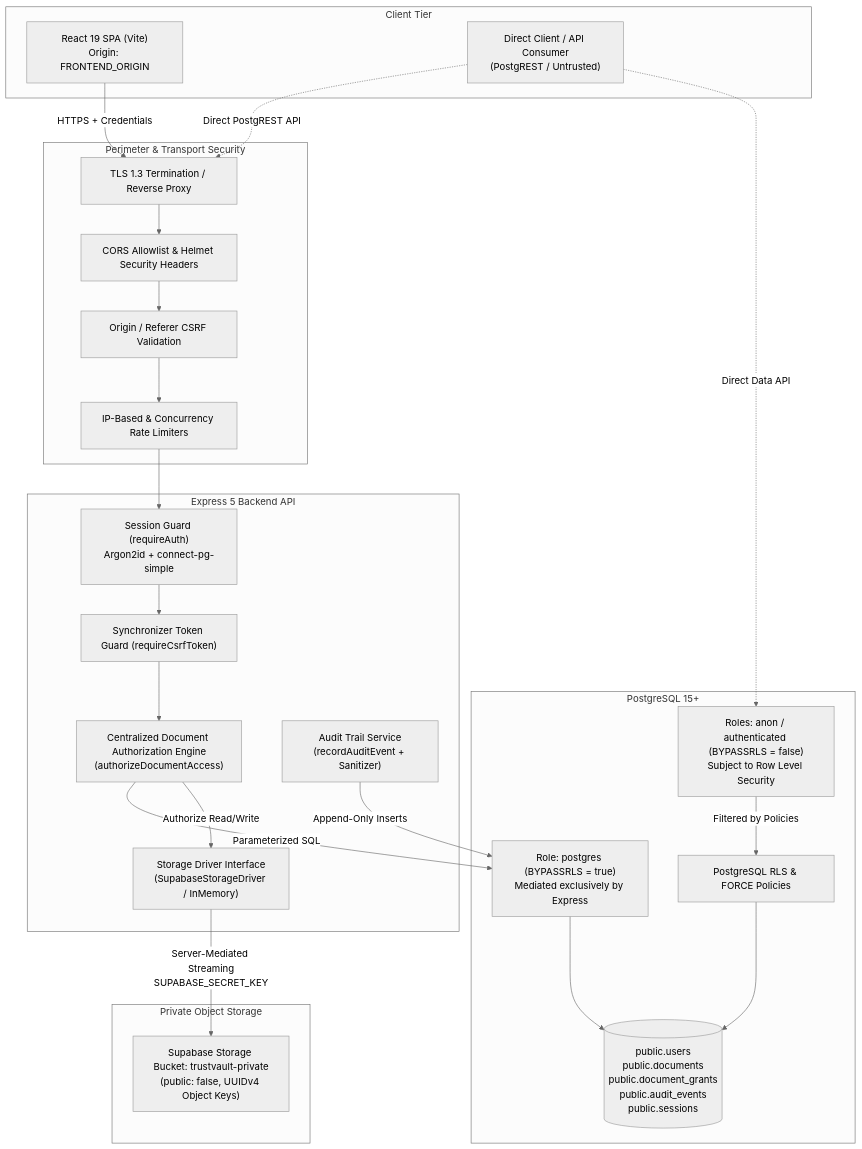
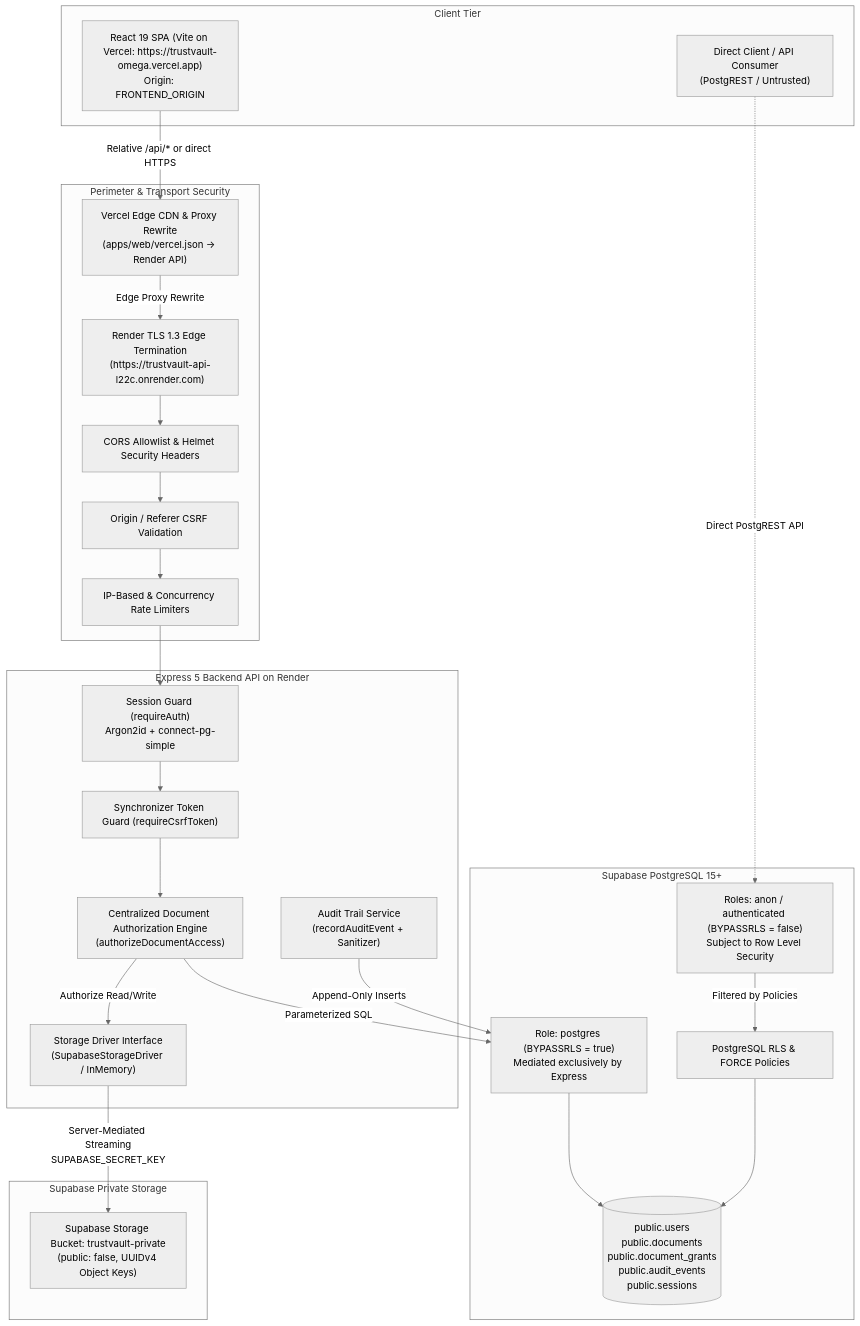
The first of 5 diagrams in docs/ARCHITECTURE.md (ruthvicksai-dev/trustvault), drawn with Mermaid (neutral theme) before and after one commit. The commit also changed other lines of this file and 4 other files, not shown here.

Commit message:
docs: document live Vercel and Render production deployments

````diff
--- a/docs/ARCHITECTURE.md
+++ b/docs/ARCHITECTURE.md
@@ -13,49 +13,50 @@
 ```mermaid
 flowchart TD
     subgraph Client Tier
-        Browser["React 19 SPA (Vite)\nOrigin: FRONTEND_ORIGIN"]
+        Browser["React 19 SPA (Vite on Vercel: https://trustvault-omega.vercel.app)\nOrigin: FRONTEND_ORIGIN"]
         ExternalClient["Direct Client / API Consumer\n(PostgREST / Untrusted)"]
     end
 
     subgraph Perimeter & Transport Security
-        HTTPS["TLS 1.3 Termination / Reverse Proxy"]
+        VercelEdge["Vercel Edge CDN & Proxy Rewrite\n(apps/web/vercel.json -> Render API)"]
+        RenderEdge["Render TLS 1.3 Edge Termination\n(https://trustvault-api-l22c.onrender.com)"]
         CorsHelmet["CORS Allowlist & Helmet Security Headers"]
         OriginGuard["Origin / Referer CSRF Validation"]
         RateLimiter["IP-Based & Concurrency Rate Limiters"]
     end
 
-    subgraph Application Tier [Express 5 Backend API]
+    subgraph Application Tier [Express 5 Backend API on Render]
         SessionAuth["Session Guard (requireAuth)\nArgon2id + connect-pg-simple"]
         CSRFMiddleware["Synchronizer Token Guard (requireCsrfToken)"]
         CentralAuth["Centralized Document Authorization Engine\n(authorizeDocumentAccess)"]
         AuditService["Audit Trail Service\n(recordAuditEvent + Sanitizer)"]
         StorageManager["Storage Driver Interface\n(SupabaseStorageDriver / InMemory)"]
     end
 
-    subgraph Data Tier [PostgreSQL 15+]
+    subgraph Data Tier [Supabase PostgreSQL 15+]
         AppRole["Role: postgres (BYPASSRLS = true)\nMediated exclusively by Express"]
         RestrictedRole["Roles: anon / authenticated (BYPASSRLS = false)\nSubject to Row Level Security"]
         RLS["PostgreSQL RLS & FORCE Policies"]
         Tables[("public.users\npublic.documents\npublic.document_grants\npublic.audit_events\npublic.sessions")]
     end
 
-    subgraph Storage Tier [Private Object Storage]
+    subgraph Storage Tier [Supabase Private Storage]
         PrivateBucket["Supabase Storage Bucket: trustvault-private\n(public: false, UUIDv4 Object Keys)"]
     end
 
-    Browser -->|HTTPS + Credentials| HTTPS
-    ExternalClient -.->|Direct PostgREST API| HTTPS
-    HTTPS --> CorsHelmet --> OriginGuard --> RateLimiter
+    Browser -->|Relative /api/* or direct HTTPS| VercelEdge
+    VercelEdge -->|Edge Proxy Rewrite| RenderEdge
+    RenderEdge --> CorsHelmet --> OriginGuard --> RateLimiter
+    ExternalClient -.->|Direct PostgREST API| RestrictedRole
     RateLimiter --> SessionAuth --> CSRFMiddleware --> CentralAuth
 
     CentralAuth -->|Parameterized SQL| AppRole
     AuditService -->|Append-Only Inserts| AppRole
     AppRole --> Tables
 
-    ExternalClient -.->|Direct Data API| RestrictedRole
     RestrictedRole -->|Filtered by Policies| RLS
     RLS --> Tables
 
     CentralAuth -->|Authorize Read/Write| StorageManager
     StorageManager -->|Server-Mediated Streaming\nSUPABASE_SECRET_KEY| PrivateBucket
 ```
````
